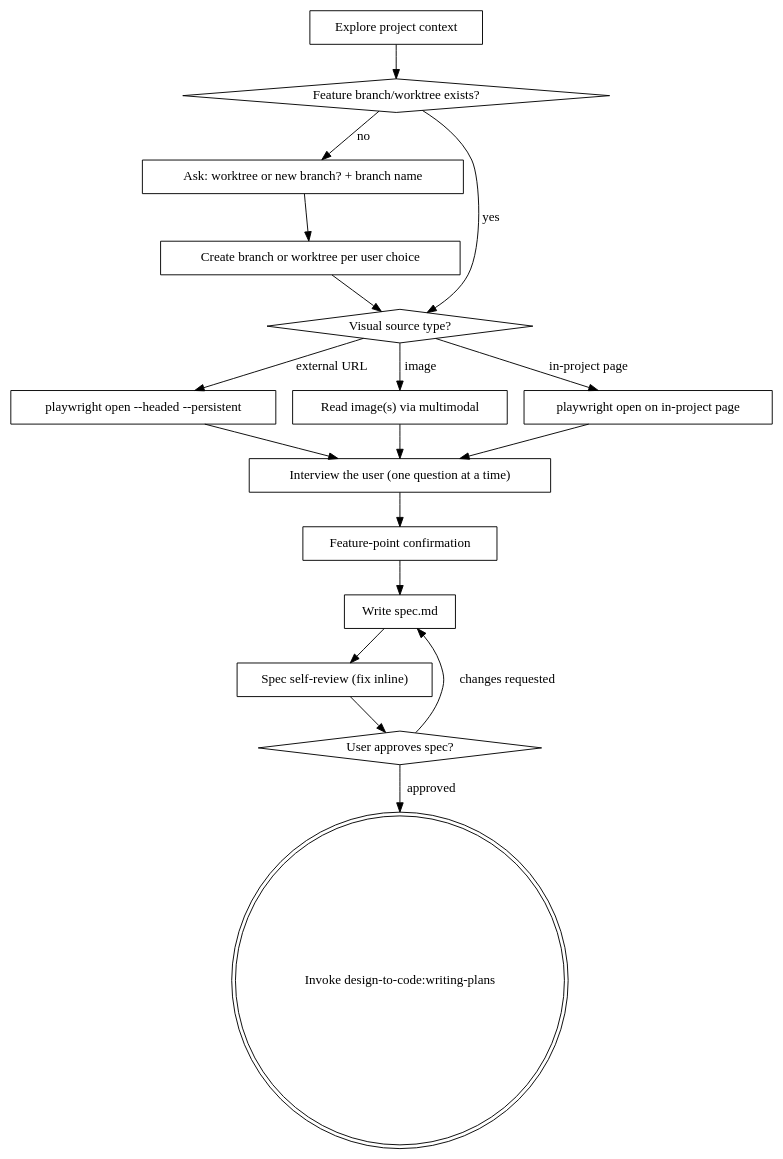
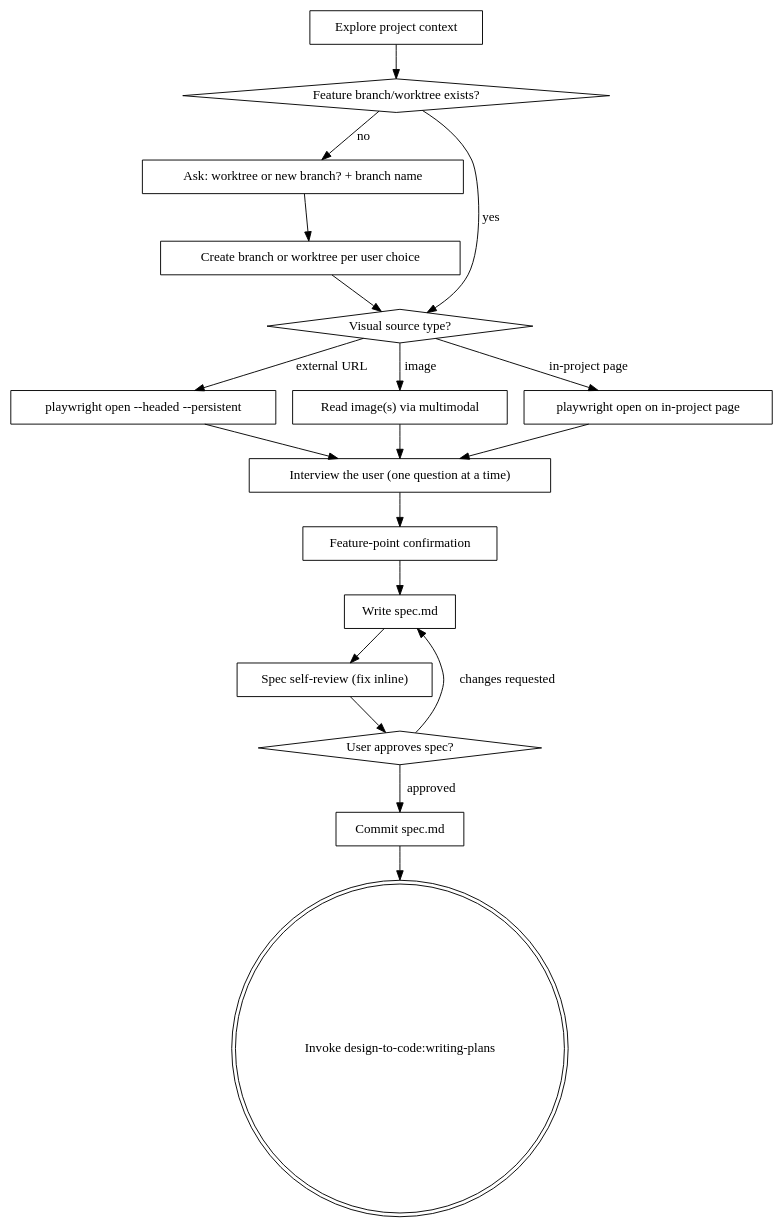
Before and after one commit to zhangtianwei1998/design-to-code: the diagram in skills/brainstorming-from-design/SKILL.md, drawn with Graphviz. The commit also changed other lines of this file and 1 other file, not shown here.

First line of the commit message:
feat(skills): commit spec.md and plan.md before proceeding to next stage

````diff
--- a/skills/brainstorming-from-design/SKILL.md
+++ b/skills/brainstorming-from-design/SKILL.md
@@ -69,36 +70,38 @@
 ```dot
 digraph brainstorming_from_design {
     "Explore project context" [shape=box];
     "Feature branch/worktree exists?" [shape=diamond];
     "Ask: worktree or new branch? + branch name" [shape=box];
     "Create branch or worktree per user choice" [shape=box];
     "Visual source type?" [shape=diamond];
     "playwright open --headed --persistent" [shape=box];
     "Read image(s) via multimodal" [shape=box];
     "playwright open on in-project page" [shape=box];
     "Interview the user (one question at a time)" [shape=box];
     "Feature-point confirmation" [shape=box];
     "Write spec.md" [shape=box];
     "Spec self-review (fix inline)" [shape=box];
     "User approves spec?" [shape=diamond];
+    "Commit spec.md" [shape=box];
     "Invoke design-to-code:writing-plans" [shape=doublecircle];
 
     "Explore project context" -> "Feature branch/worktree exists?";
     "Feature branch/worktree exists?" -> "Ask: worktree or new branch? + branch name" [label="no"];
     "Feature branch/worktree exists?" -> "Visual source type?" [label="yes"];
     "Ask: worktree or new branch? + branch name" -> "Create branch or worktree per user choice";
     "Create branch or worktree per user choice" -> "Visual source type?";
     "Visual source type?" -> "playwright open --headed --persistent" [label="external URL"];
     "Visual source type?" -> "Read image(s) via multimodal" [label="image"];
     "Visual source type?" -> "playwright open on in-project page" [label="in-project page"];
     "playwright open --headed --persistent" -> "Interview the user (one question at a time)";
     "Read image(s) via multimodal" -> "Interview the user (one question at a time)";
     "playwright open on in-project page" -> "Interview the user (one question at a time)";
     "Interview the user (one question at a time)" -> "Feature-point confirmation";
     "Feature-point confirmation" -> "Write spec.md";
     "Write spec.md" -> "Spec self-review (fix inline)";
     "Spec self-review (fix inline)" -> "User approves spec?";
     "User approves spec?" -> "Write spec.md" [label="changes requested"];
-    "User approves spec?" -> "Invoke design-to-code:writing-plans" [label="approved"];
+    "User approves spec?" -> "Commit spec.md" [label="approved"];
+    "Commit spec.md" -> "Invoke design-to-code:writing-plans";
 }
 ```
````
